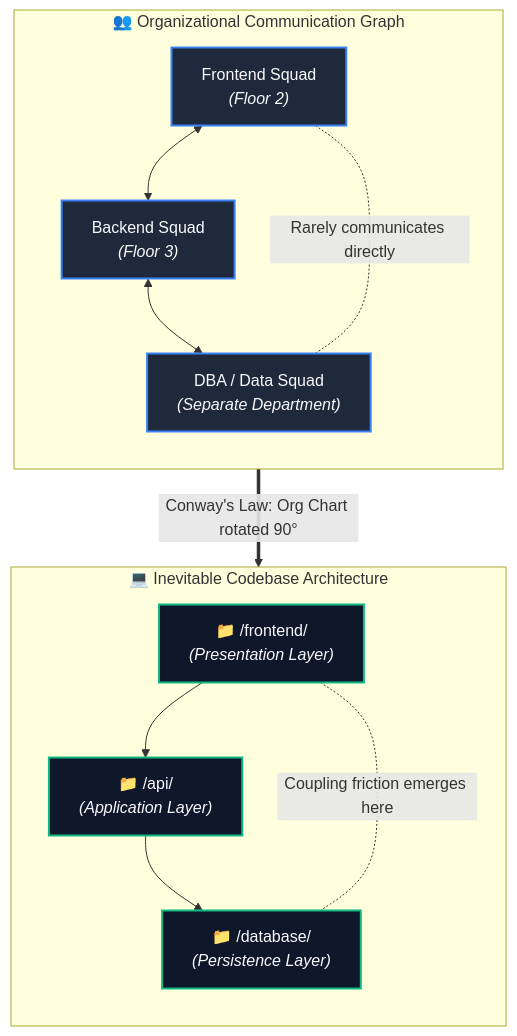
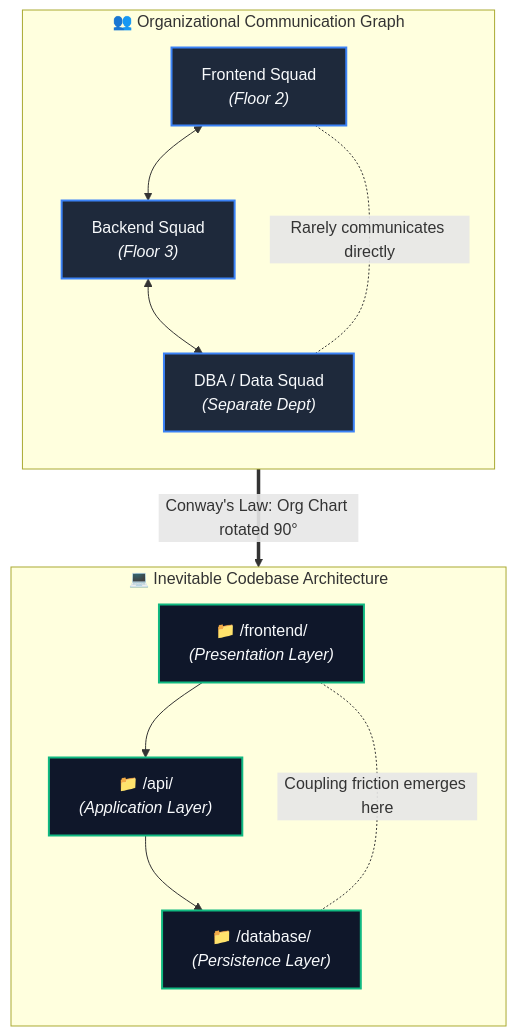
One commit to Dustu103/system-design changed the third of 9 diagrams in 01-filestructure/articles/01-your-folder-structure-is-a-message.md. Above: the diagram before and after it, drawn with Mermaid. The commit also changed other lines of this file and 2 other files, not shown here.

Commit message:
style: optimize Mermaid diagrams with vertical hierarchy and large legible fonts

````diff
--- a/01-filestructure/articles/01-your-folder-structure-is-a-message.md
+++ b/01-filestructure/articles/01-your-folder-structure-is-a-message.md
@@ -92,23 +93,23 @@
 ```mermaid
 flowchart TD
     subgraph ORG["👥 Organizational Communication Graph"]
         direction TB
         F["Frontend Squad<br/><i>(Floor 2)</i>"] <--> B["Backend Squad<br/><i>(Floor 3)</i>"]
-        B <--> D["DBA / Data Squad<br/><i>(Separate Department)</i>"]
-        F -. "Rarely communicates directly" .- D
+        B <--> D["DBA / Data Squad<br/><i>(Separate Dept)</i>"]
+        F -.-|"Rarely communicates directly"| D
     end
 
     subgraph CODE["💻 Inevitable Codebase Architecture"]
         direction TB
         UI["📁 /frontend/<br/><i>(Presentation Layer)</i>"] --> API["📁 /api/<br/><i>(Application Layer)</i>"]
         API --> DB["📁 /database/<br/><i>(Persistence Layer)</i>"]
-        UI -. "Coupling friction emerges here" .- DB
+        UI -.-|"Coupling friction emerges here"| DB
     end
 
     ORG ==>|"Conway's Law: Org Chart rotated 90°"| CODE
 
     classDef orgClass fill:#1e293b,stroke:#3b82f6,stroke-width:2px,color:#f8fafc;
     classDef codeClass fill:#0f172a,stroke:#10b981,stroke-width:2px,color:#f8fafc;
     class F,B,D orgClass;
     class UI,API,DB codeClass;
 ```
````
